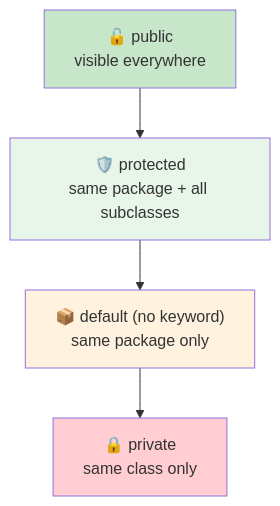
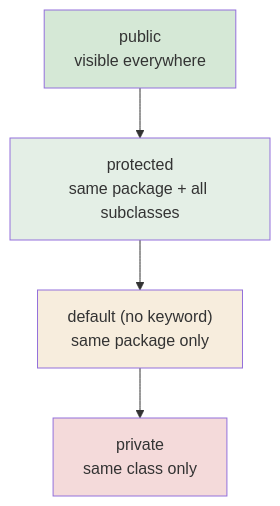
The diagram in src/Theory/06-OOPS-Part-2/01-Access-Modifiers.md (kundankumarsharma56/Leaning-Java), drawn with Mermaid before and after one commit. The commit also changed other lines of this file and 84 other files, not shown here.

````diff
--- a/src/Theory/06-OOPS-Part-2/01-Access-Modifiers.md
+++ b/src/Theory/06-OOPS-Part-2/01-Access-Modifiers.md
@@ -21,10 +21,10 @@
 ```mermaid
 flowchart TD
-    P["🔓 public<br/>visible everywhere"] --> PR["🛡️ protected<br/>same package + all subclasses"]
-    PR --> D["📦 default (no keyword)<br/>same package only"]
-    D --> PV["🔒 private<br/>same class only"]
-    style P fill:#c8e6c9
-    style PR fill:#e8f5e9
-    style D fill:#fff3e0
-    style PV fill:#ffcdd2
+    P["public<br/>visible everywhere"] --> PR["protected<br/>same package + all subclasses"]
+    PR --> D["default (no keyword)<br/>same package only"]
+    D --> PV["private<br/>same class only"]
+    style P fill:#d5e8d6
+    style PR fill:#e4efe6
+    style D fill:#f7eddd
+    style PV fill:#f4dada
 ```
````
